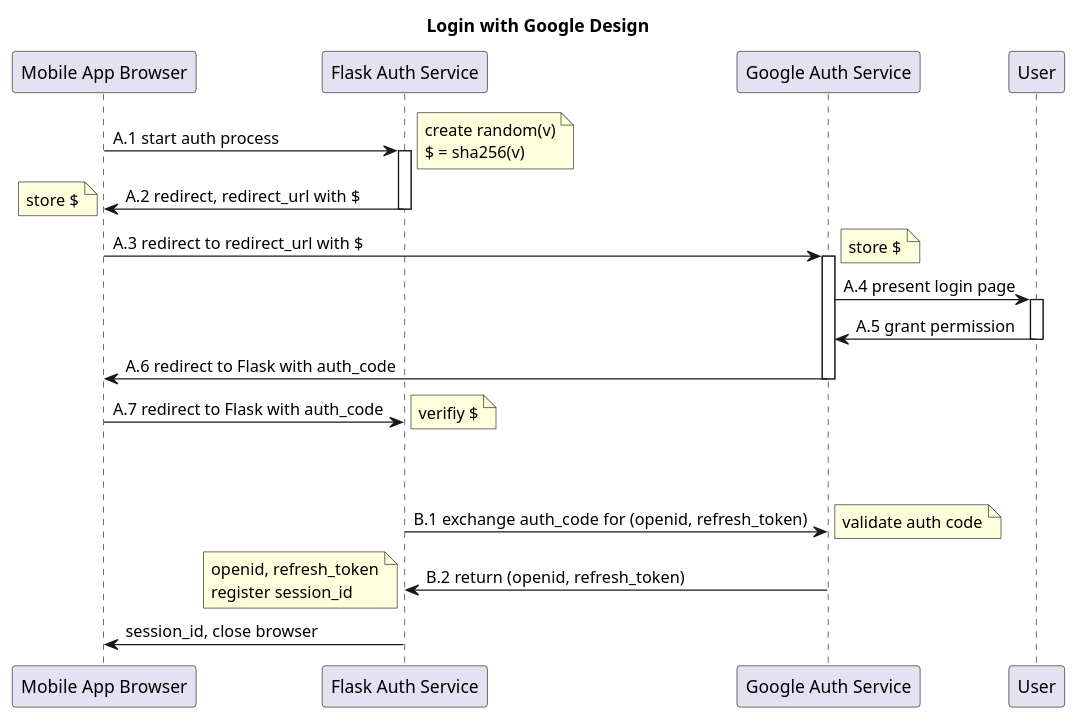
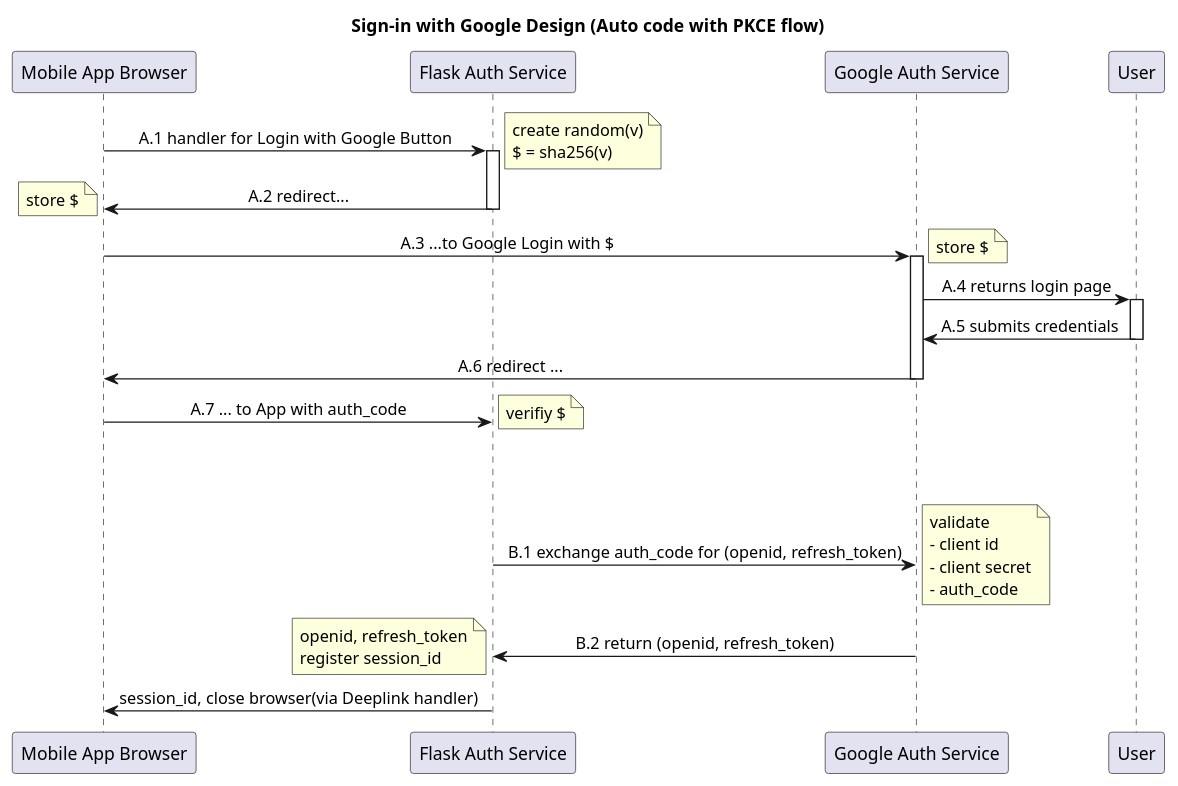
Before and after one commit to mkmojo/mkmojo.github.io: the diagram in img/user-auth-design/login-with-google.wsd, drawn with PlantUML.

```diff
--- a/img/user-auth-design/login-with-google.wsd
+++ b/img/user-auth-design/login-with-google.wsd
@@ -1,39 +1,44 @@
 @startuml
-title Login with Google Design
-"Mobile App Browser" -> "Flask Auth Service" : A.1 start auth process
+skinparam SequenceMessageAlignment center
+
+title Sign-in with Google Design (Auto code with PKCE flow)
+"Mobile App Browser" -> "Flask Auth Service" : A.1 handler for Login with Google Button 
 activate "Flask Auth Service"
 note right
 create random(v)
 $ = sha256(v)
 end note
-"Mobile App Browser" <- "Flask Auth Service": A.2 redirect, redirect_url with $
+"Mobile App Browser" <- "Flask Auth Service": A.2 redirect...
 note left: store $
 deactivate "Flask Auth Service"
 
 
-"Mobile App Browser" -> "Google Auth Service": A.3 redirect to redirect_url with $
+"Mobile App Browser" -> "Google Auth Service": A.3 ...to Google Login with $
 activate "Google Auth Service"
 note right: store $
-"User" <- "Google Auth Service": A.4 present login page
+"User" <- "Google Auth Service": A.4 returns login page
 
 activate "User"
-"User" -> "Google Auth Service": A.5 grant permission
+"User" -> "Google Auth Service": A.5 submits credentials
 deactivate "User"
-"Mobile App Browser" <- "Google Auth Service" : A.6 redirect to Flask with auth_code
+"Mobile App Browser" <- "Google Auth Service" : A.6 redirect ...
 deactivate "Google Auth Service"
-"Mobile App Browser" -> "Flask Auth Service" : A.7 redirect to Flask with auth_code
+"Mobile App Browser" -> "Flask Auth Service" : A.7 ... to App with auth_code
 note right: verifiy $
 |||
 |||
 "Flask Auth Service" -> "Google Auth Service": B.1 exchange auth_code for (openid, refresh_token)
 note right
-    validate auth code
+    validate 
+    - client id
+    - client secret
+    - auth_code
 end note
 "Google Auth Service" -> "Flask Auth Service": B.2 return (openid, refresh_token)
 note left
     openid, refresh_token
     register session_id
 end note
-"Flask Auth Service" -> "Mobile App Browser": session_id, close browser
+"Flask Auth Service" -> "Mobile App Browser": session_id, close browser(via Deeplink handler)
 
 @enduml
```
